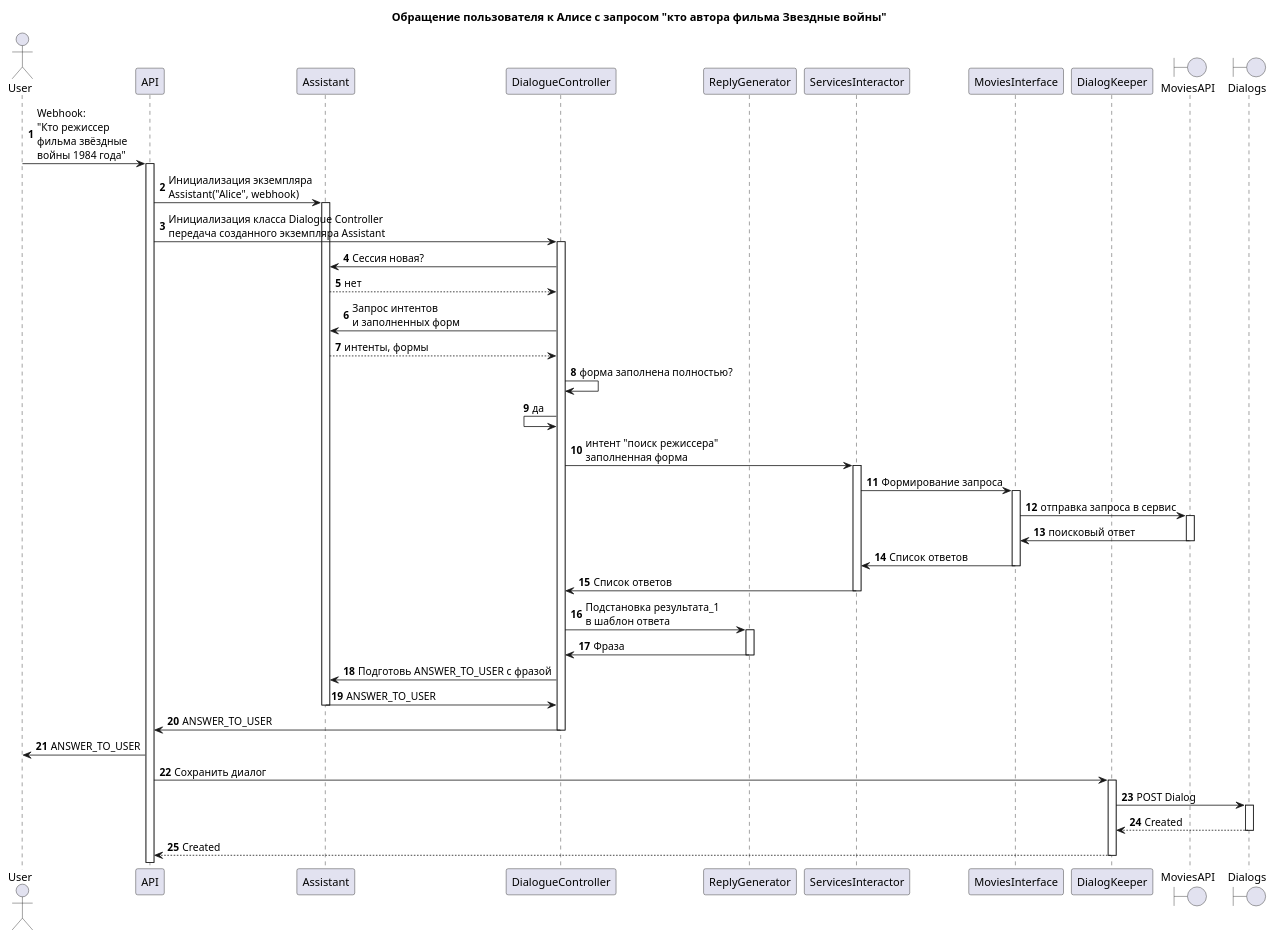
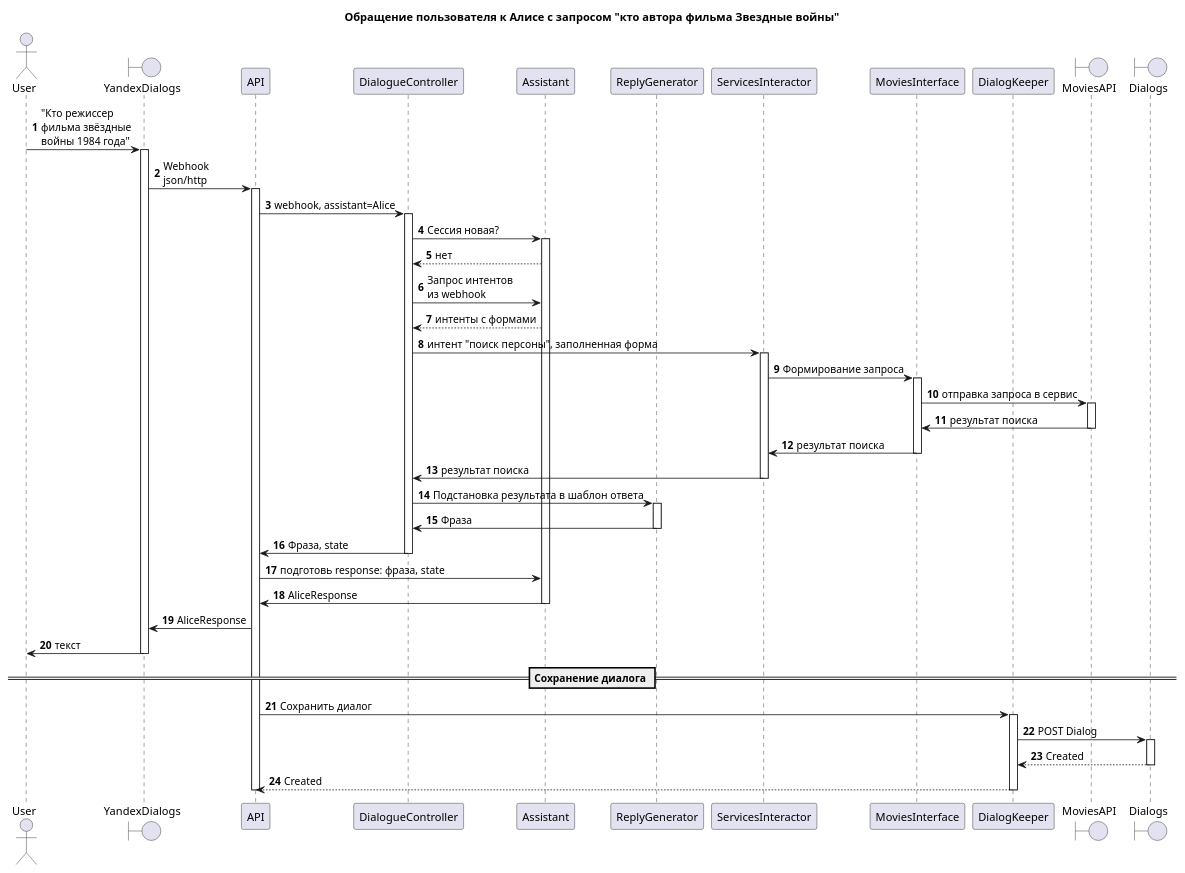
Before and after one commit to mkosinov/practicum_graduate_work: the diagram in services/assistant/docs/diagrams/src/user_search_request.puml, drawn with PlantUML. The commit also changed 196 other files, not shown here.

```diff
--- a/services/assistant/docs/diagrams/src/user_search_request.puml
+++ b/services/assistant/docs/diagrams/src/user_search_request.puml
@@ -1,43 +1,45 @@
 @startuml "Обращение пользователя к Алисе с запросом на поиск"
 autonumber
 
 title Обращение пользователя к Алисе с запросом "кто автора фильма Звездные войны"
 actor User
+boundary YandexDialogs
 participant API
+participant DialogueController
 participant Assistant
-participant DialogueController
 participant ReplyGenerator
 participant ServicesInteractor
 participant MoviesInterface
 participant DialogKeeper
 boundary MoviesAPI
 boundary Dialogs
 
 ' Начало процесса
 
-User -> API++: Webhook:\n"Кто режиссер\nфильма звёздные\nвойны 1984 года"
-API -> Assistant++: Инициализация экземпляра\nAssistant("Alice", webhook)
-API -> DialogueController++: Инициализация класса Dialogue Controller\nпередача созданного экземпляра Assistant
-DialogueController -> Assistant: Сессия новая?
+User -> YandexDialogs++: "Кто режиссер\nфильма звёздные\nвойны 1984 года"
+YandexDialogs -> API++: Webhook\njson/http
+API -> DialogueController++: webhook, assistant=Alice
+DialogueController -> Assistant++: Сессия новая?
 Assistant --> DialogueController: нет
-DialogueController -> Assistant: Запрос интентов\nи заполненных форм
-Assistant --> DialogueController: интенты, формы
-DialogueController -> DialogueController: форма заполнена полностью?
-DialogueController <- DialogueController: да
-DialogueController -> ServicesInteractor ++: интент "поиск режиссера"\nзаполненная форма
+DialogueController -> Assistant: Запрос интентов\nиз webhook
+Assistant --> DialogueController: интенты c формами
+DialogueController -> ServicesInteractor ++: интент "поиск персоны", заполненная форма
 ServicesInteractor -> MoviesInterface ++: Формирование запроса
 MoviesInterface -> MoviesAPI ++: отправка запроса в сервис
-MoviesAPI -> MoviesInterface --: поисковый ответ
-MoviesInterface -> ServicesInteractor --: Список ответов
-ServicesInteractor -> DialogueController --: Список ответов
-DialogueController -> ReplyGenerator ++: Подстановка результата_1\nв шаблон ответа
+MoviesAPI -> MoviesInterface --: результат поиска
+MoviesInterface -> ServicesInteractor --: результат поиска
+ServicesInteractor -> DialogueController --: результат поиска
+DialogueController -> ReplyGenerator ++: Подстановка результата в шаблон ответа
 ReplyGenerator -> DialogueController --: Фраза
-DialogueController -> Assistant: Подготовь ANSWER_TO_USER с фразой
-Assistant -> DialogueController --: ANSWER_TO_USER
-DialogueController -> API --: ANSWER_TO_USER
-API -> User: ANSWER_TO_USER
+DialogueController -> API --: Фраза, state
+API -> Assistant: подготовь response: фраза, state
+Assistant -> API --: AliceResponse
+API -> YandexDialogs: AliceResponse
+YandexDialogs -> User --: текст
+== Сохранение диалога ==
 API -> DialogKeeper ++: Сохранить диалог
 DialogKeeper -> Dialogs ++: POST Dialog
 Dialogs --> DialogKeeper --: Created
 DialogKeeper --> API --: Created
+deactivate API
 @enduml
```
